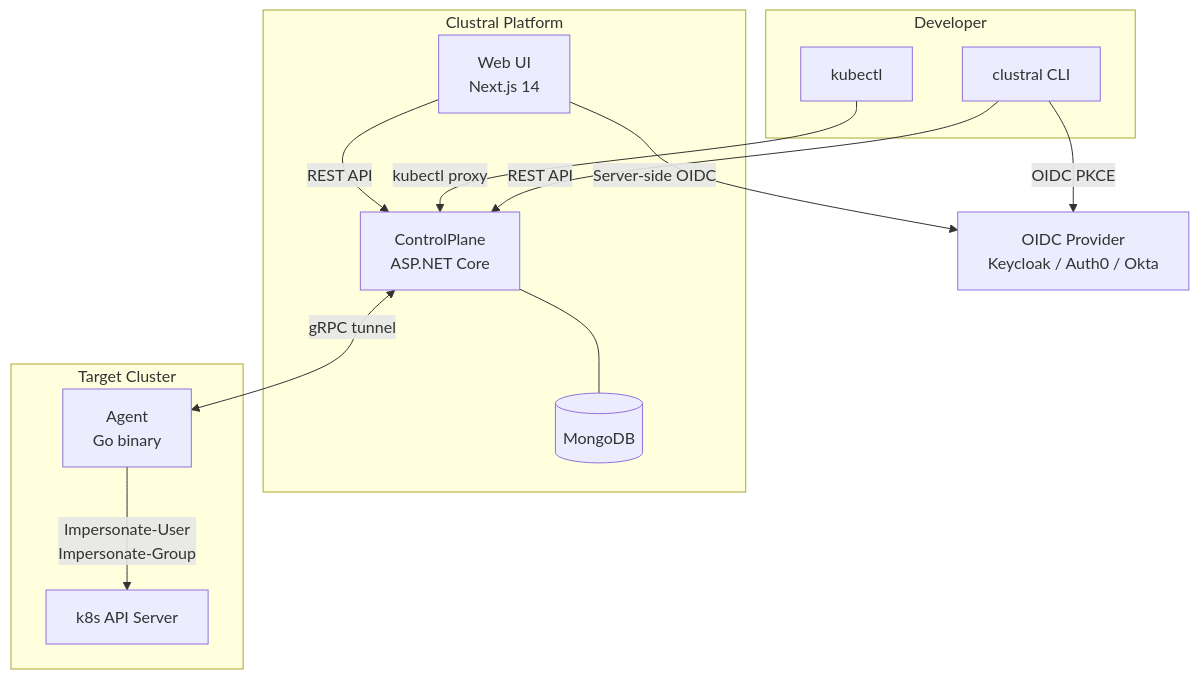
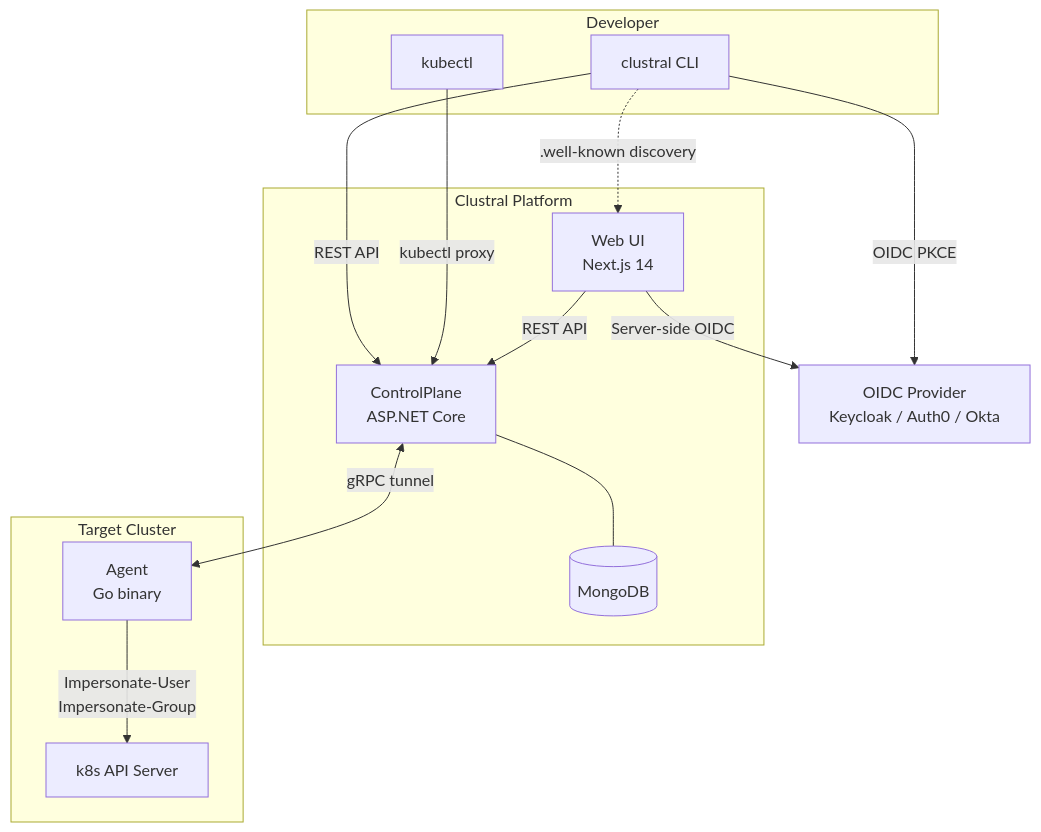
The first of 9 diagrams in README.md (Clustral/clustral), drawn with Mermaid before and after one commit. The commit also changed other lines of this file and 17 other files, not shown here.

````diff
--- a/README.md
+++ b/README.md
@@ -18,29 +18,30 @@
 ```mermaid
 graph TB
     subgraph Developer
         CLI[clustral CLI]
         KB[kubectl]
     end
 
     subgraph "Clustral Platform"
         WEB[Web UI<br/>Next.js 14]
         CP[ControlPlane<br/>ASP.NET Core]
         DB[(MongoDB)]
     end
 
     OIDC[OIDC Provider<br/>Keycloak / Auth0 / Okta]
 
     subgraph "Target Cluster"
         AGENT[Agent<br/>Go binary]
         K8S[k8s API Server]
     end
 
+    CLI -.->|".well-known discovery"| WEB
     CLI -->|OIDC PKCE| OIDC
     WEB -->|Server-side OIDC| OIDC
     CLI -->|REST API| CP
     KB -->|kubectl proxy| CP
     WEB -->|REST API| CP
     CP --- DB
     CP <-->|gRPC tunnel| AGENT
     AGENT -->|Impersonate-User<br/>Impersonate-Group| K8S
 ```
````
